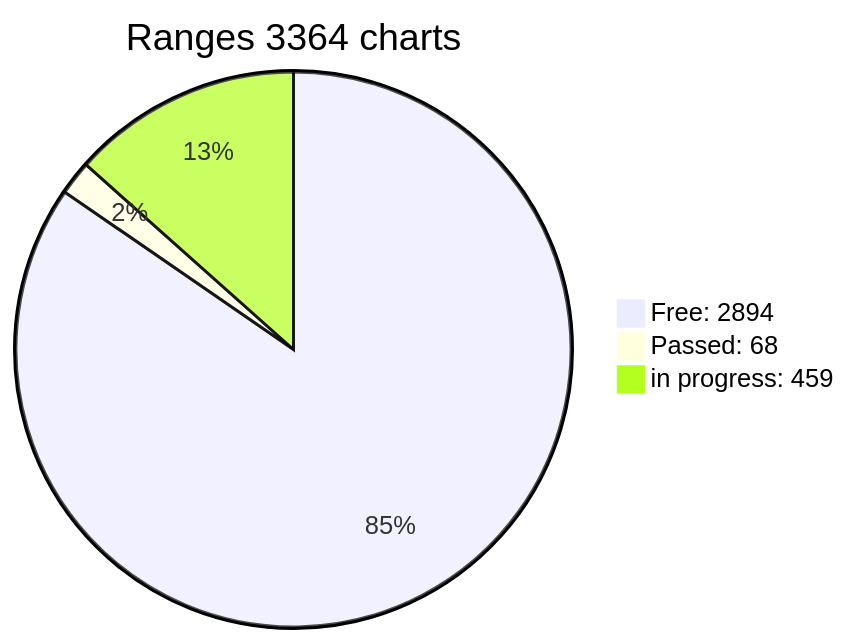
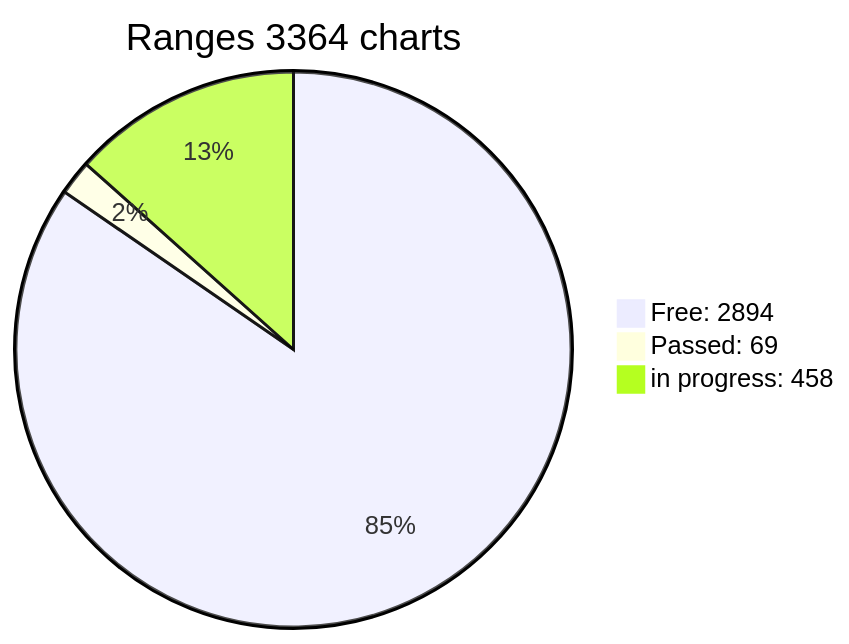
The diagram in x64/Release/table.md (phrutis/wif500), drawn with Mermaid before and after one commit. The commit also changed other lines of this file, not shown here.

````diff
--- a/x64/Release/table.md
+++ b/x64/Release/table.md
@@ -3,6 +3,6 @@
 ```mermaid
 pie title Ranges 3364 charts
 "Free: 2894" : 2894
-"Passed: 68" : 68
-"in progress: 459" : 459
+"Passed: 69" : 69
+"in progress: 458" : 458
 ``` 
````
